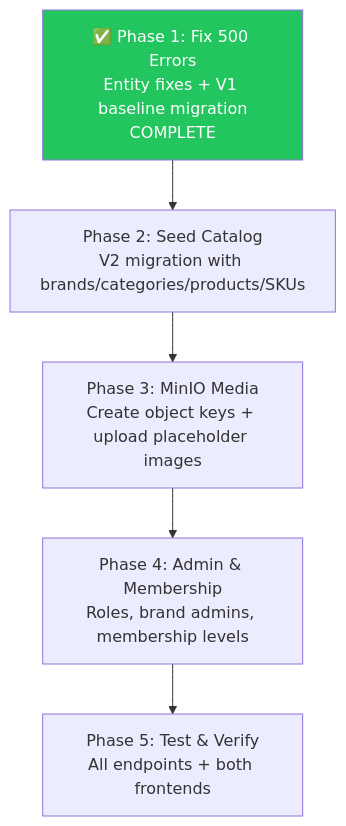
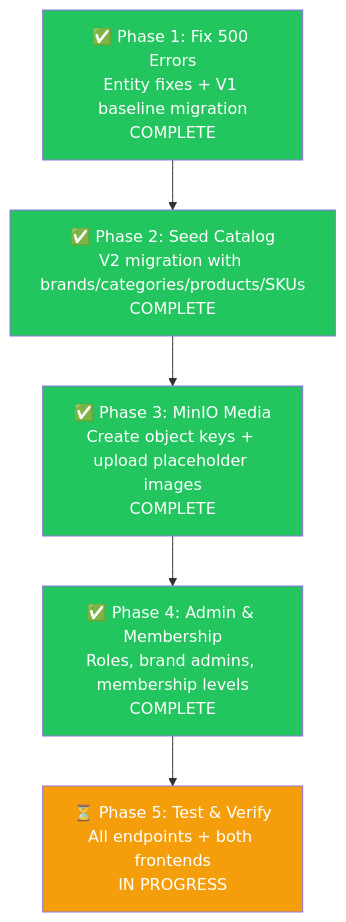
One commit to AadarshPandey/NexusEngine changed the diagram in document/plans/nexus-engine-master-plan.md. Above: the diagram before and after it, drawn with Mermaid. The commit also changed other lines of this file and 4 other files, not shown here.

Commit message:
fix(db): Fix V2 seed syntax error and apply all migrations

````diff
--- a/document/plans/nexus-engine-master-plan.md
+++ b/document/plans/nexus-engine-master-plan.md
@@ -316,9 +166,13 @@
 ```mermaid
 flowchart TD
-    A["✅ Phase 1: Fix 500 Errors<br/>Entity fixes + V1 baseline migration<br/>COMPLETE"] --> B["Phase 2: Seed Catalog<br/>V2 migration with brands/categories/products/SKUs"]
-    B --> C["Phase 3: MinIO Media<br/>Create object keys + upload placeholder images"]
-    C --> D["Phase 4: Admin & Membership<br/>Roles, brand admins, membership levels"]
-    D --> E["Phase 5: Test & Verify<br/>All endpoints + both frontends"]
+    A["✅ Phase 1: Fix 500 Errors<br/>Entity fixes + V1 baseline migration<br/>COMPLETE"] --> B["✅ Phase 2: Seed Catalog<br/>V2 migration with brands/categories/products/SKUs<br/>COMPLETE"]
+    B --> C["✅ Phase 3: MinIO Media<br/>Create object keys + upload placeholder images<br/>COMPLETE"]
+    C --> D["✅ Phase 4: Admin & Membership<br/>Roles, brand admins, membership levels<br/>COMPLETE"]
+    D --> E["⏳ Phase 5: Test & Verify<br/>All endpoints + both frontends<br/>IN PROGRESS"]
 
     style A fill:#22c55e,color:#fff
+    style B fill:#22c55e,color:#fff
+    style C fill:#22c55e,color:#fff
+    style D fill:#22c55e,color:#fff
+    style E fill:#f59e0b,color:#fff
 ```
````
